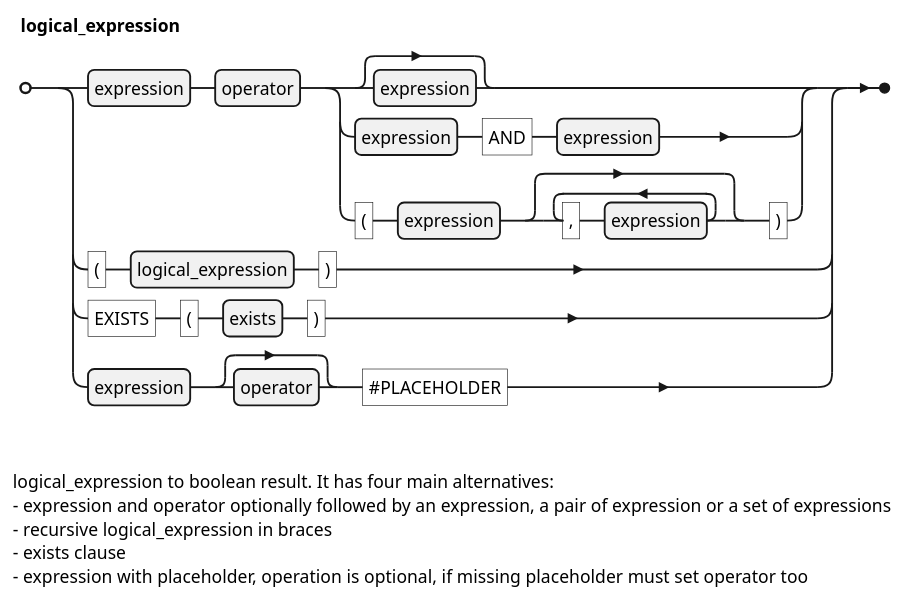
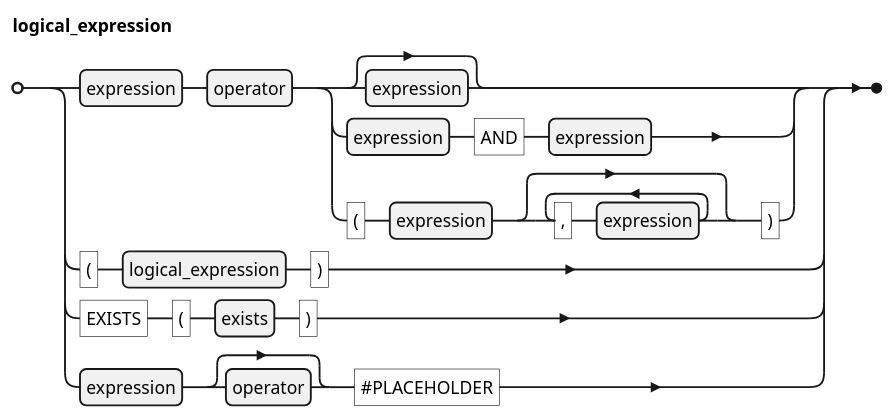
The diagram in docs/kql/logical_expression.plantuml (koryki-java/core), drawn with PlantUML before and after one commit. The commit also changed 6 other files, not shown here.

```diff
--- a/docs/kql/logical_expression.plantuml
+++ b/docs/kql/logical_expression.plantuml
@@ -1,29 +1,21 @@
 @startebnf
 ' border and background
 skinparam legendBorderColor transparent
 skinparam legendBackgroundColor white
 
 'title logical_expression
 
 logical_expression = expression, operator,
 (
     (
         [expression]
         | expression, "AND", expression
         | "(", expression, {",", expression}, ")"
     )
 )
 |   "(", logical_expression , ")"
 | "EXISTS", "(", exists, ")"
 | expression, [operator], "#PLACEHOLDER"
 ;
 
-legend bottom
-
-  logical_expression to boolean result. It has four main alternatives:
-  - expression and operator optionally followed by an expression, a pair of expression or a set of expressions
-  - recursive logical_expression in braces
-  - exists clause
-  - expression with placeholder, operation is optional, if missing placeholder must set operator too
-end legend
 @endebnf
```
